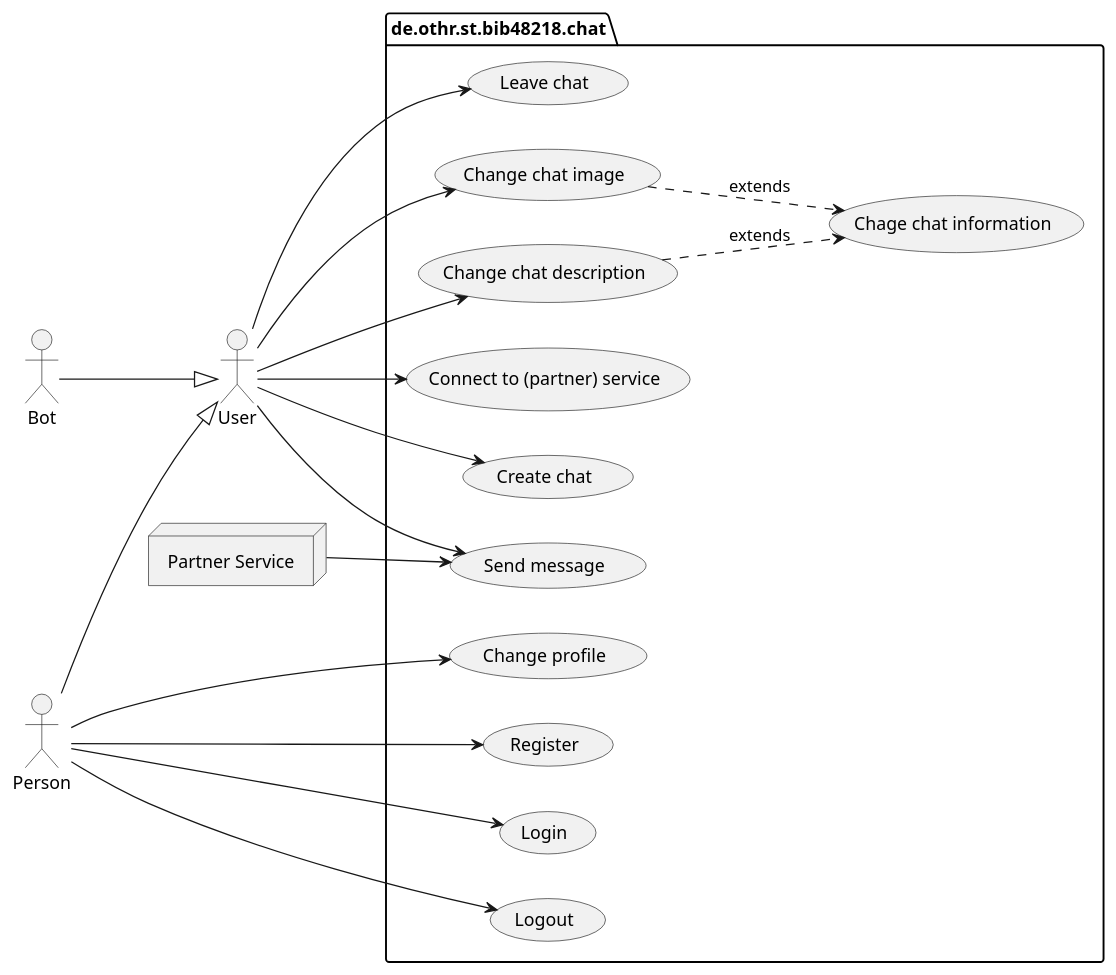
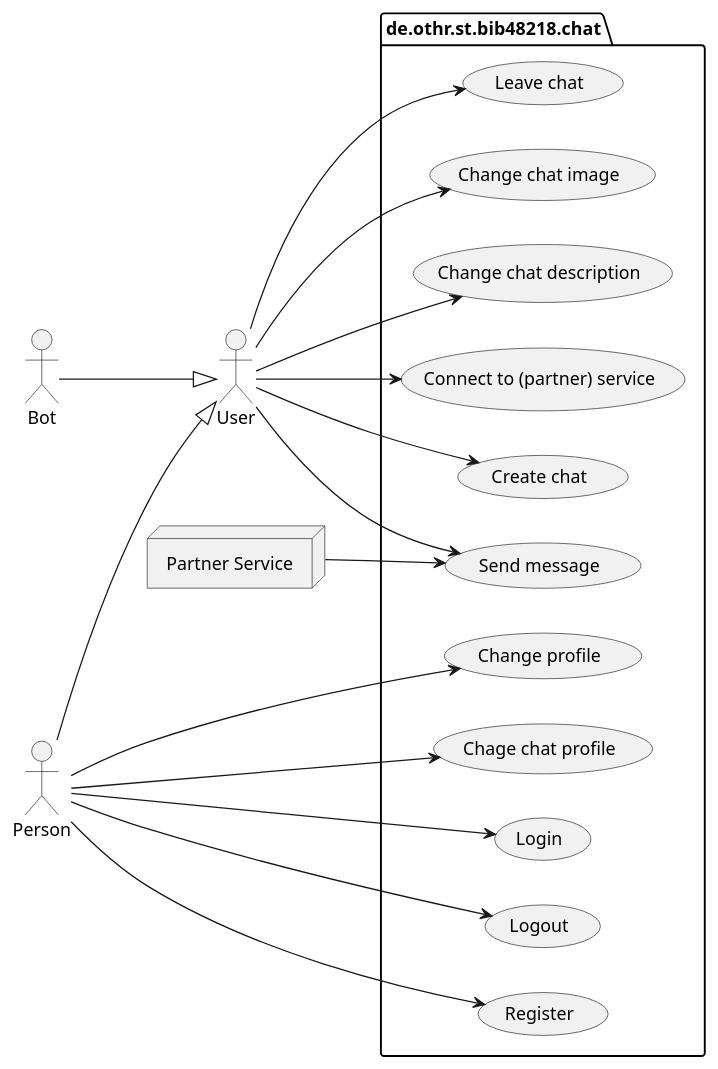
The diagram in src/doc/uml-usecase.puml (bbenno/oth-sw), drawn with PlantUML before and after one commit.

Commit message:
Change UC "Change chat profile"

```diff
--- a/src/doc/uml-usecase.puml
+++ b/src/doc/uml-usecase.puml
@@ -1,47 +1,46 @@
 @startuml chat-usecase
 skinparam monochrome true
 left to right direction
 
 ' actors
 actor "User" as u
 actor "Person" as p
 actor "Bot" as b
 node "Partner Service" as s
 
 ' actor hierarchy
 p -down-|> u
 b -down-|> u
 
 ' use cases
 package "de.othr.st.bib48218.chat" {
   usecase "Login" as oUC1
   usecase "Logout" as oUC2
   usecase "Register" as oUC3
   usecase "Change profile" as oUC4
 
   usecase "Send message" as mUC
   ' Chating use cases
   usecase "Create chat" as cUC1
   usecase "Leave chat" as cUC2
   usecase "Change chat image" as cUC3
   usecase "Change chat description" as cUC4
-  usecase "Chage chat information" as ceUC1
-  cUC3 ..> ceUC1 : extends
-  cUC4 ..> ceUC1 : extends
+  usecase "Chage chat profile" as cUC5
   ' Connecting to partners use cases
   usecase "Connect to (partner) service" as pUC
 }
 
 '  link actor User with use cases
 p --> oUC1
 p --> oUC2
 p --> oUC3
 p --> oUC4
+p --> cUC5
 s --> mUC
 u --> mUC
 u --> cUC1
 u --> cUC2
 u --> cUC3
 u --> cUC4
 u --> pUC
 @enduml
```
